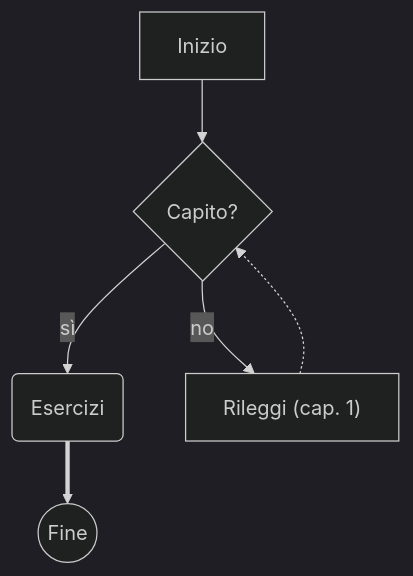
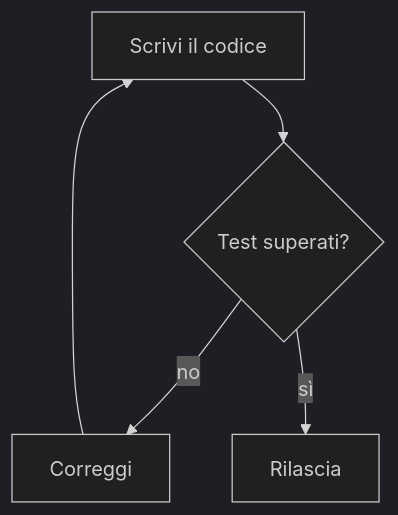
Before and after one commit to Terbiz/lectureai: the second of 8 diagrams in static/skills/schemi-mermaid.md, drawn with Mermaid (dark theme). The commit also changed other lines of this file and 6 other files, not shown here.

````diff
--- a/static/skills/schemi-mermaid.md
+++ b/static/skills/schemi-mermaid.md
@@ -41,8 +56,7 @@
 ```mermaid
 flowchart TD
-    A[Inizio] --> B{"Capito?"}
-    B -->|sì| C(Esercizi)
-    B -->|no| D["Rileggi (cap. 1)"]
-    D -.-> B
-    C ==> E((Fine))
+    A[Scrivi il codice] --> B{"Test superati?"}
+    B -->|no| C[Correggi]
+    C --> A
+    B -->|sì| D[Rilascia]
 ```
````
